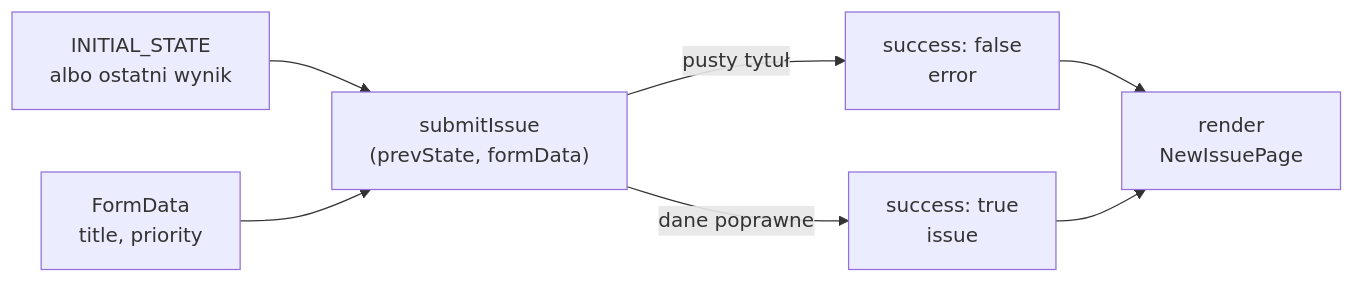
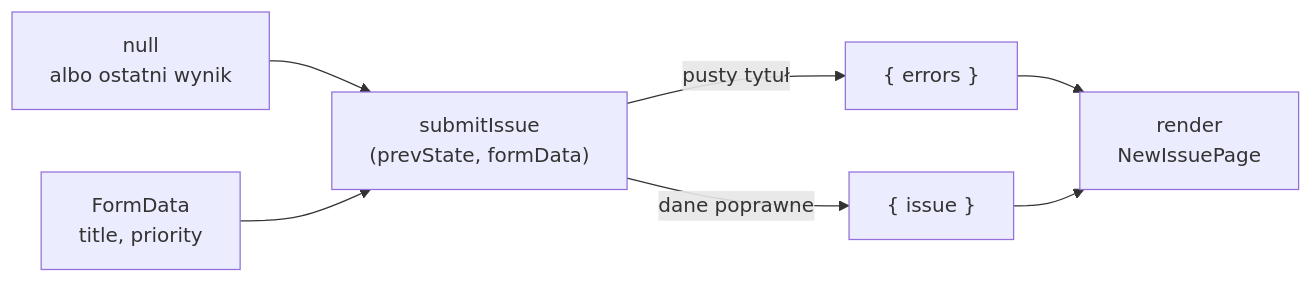
One commit to mmiotk/frontend-development-ug changed the diagram in lecture03/slides/slide_08_useactionstate.md. Above: the diagram before and after it, drawn with Mermaid. The commit also changed other lines of this file and 48 other files, not shown here.

````diff
--- a/lecture03/slides/slide_08_useactionstate.md
+++ b/lecture03/slides/slide_08_useactionstate.md
@@ -162,10 +132,10 @@
 ```mermaid
 %%{init: {"flowchart": {"wrappingWidth": 360}}}%%
 flowchart LR
-    S0["INITIAL_STATE<br/>albo ostatni wynik"] --> F["submitIssue<br/>(prevState, formData)"]
+    S0["null<br/>albo ostatni wynik"] --> F["submitIssue<br/>(prevState, formData)"]
     D["FormData<br/>title, priority"] --> F
-    F -->|"pusty tytuł"| S1["success: false<br/>error"]
-    F -->|"dane poprawne"| S2["success: true<br/>issue"]
+    F -->|"pusty tytuł"| S1["{ errors }"]
+    F -->|"dane poprawne"| S2["{ issue }"]
     S1 --> R["render<br/>NewIssuePage"]
     S2 --> R
 ```
````
